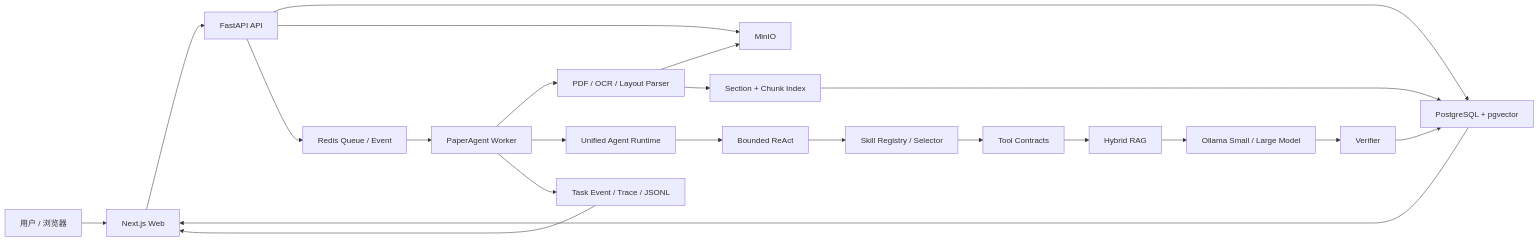
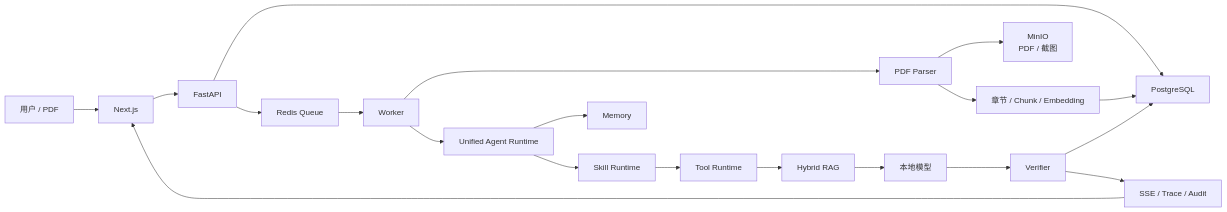
Before and after one commit to BennettBin/PaperAgentSystem: the first of 2 diagrams in docs/项目面试完整介绍.md, drawn with Mermaid. The commit also changed other lines of this file and 25 other files, not shown here.

````diff
--- a/docs/项目面试完整介绍.md
+++ b/docs/项目面试完整介绍.md
@@ -99,28 +119,24 @@
 ```mermaid
 flowchart LR
-    User["用户 / 浏览器"] --> Web["Next.js Web"]
-    Web --> API["FastAPI API"]
+    U["用户 / PDF"] --> WEB["Next.js"]
+    WEB --> API["FastAPI"]
+    API --> DB["PostgreSQL"]
+    API --> Q["Redis Queue"]
+    Q --> W["Worker"]
 
-    API --> PG["PostgreSQL + pgvector"]
-    API --> MinIO["MinIO"]
-    API --> Redis["Redis Queue / Event"]
+    W --> P["PDF Parser"]
+    P --> O["MinIO<br/>PDF / 截图"]
+    P --> I["章节 / Chunk / Embedding"]
+    I --> DB
 
-    Redis --> Worker["PaperAgent Worker"]
-    Worker --> Parser["PDF / OCR / Layout Parser"]
-    Parser --> MinIO
-    Parser --> Index["Section + Chunk Index"]
-    Index --> PG
-
-    Worker --> Runtime["Unified Agent Runtime"]
-    Runtime --> React["Bounded ReAct"]
-    React --> Skill["Skill Registry / Selector"]
-    Skill --> Tool["Tool Contracts"]
-    Tool --> RAG["Hybrid RAG"]
-    RAG --> Model["Ollama Small / Large Model"]
-    Model --> Verify["Verifier"]
-    Verify --> PG
-
-    Worker --> Audit["Task Event / Trace / JSONL"]
-    Audit --> Web
-    PG --> Web
+    W --> AR["Unified Agent Runtime"]
+    AR --> MEM["Memory"]
+    AR --> SK["Skill Runtime"]
+    SK --> TR["Tool Runtime"]
+    TR --> RAG["Hybrid RAG"]
+    RAG --> LLM["本地模型"]
+    LLM --> V["Verifier"]
+    V --> DB
+    V --> OBS["SSE / Trace / Audit"]
+    OBS --> WEB
 ```
````
